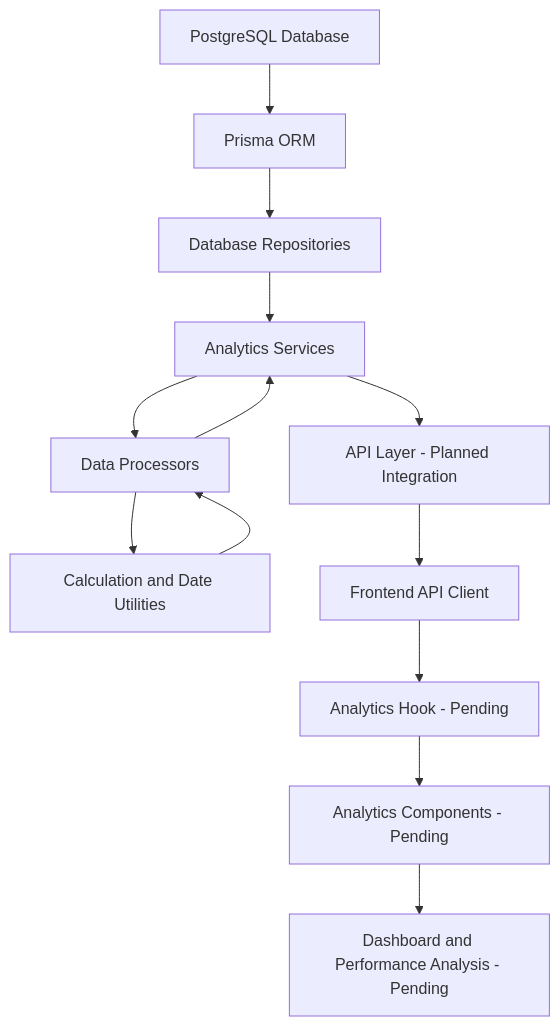
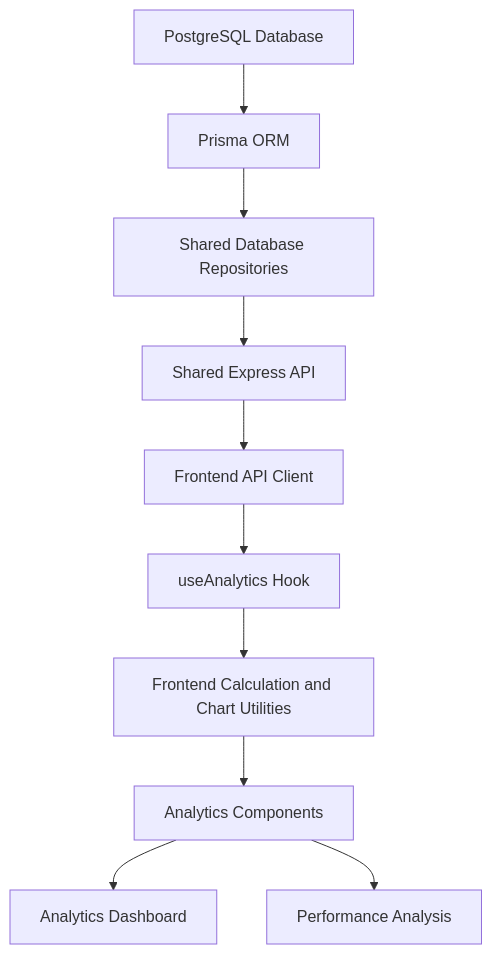
One commit to ikeyareinaldosae/ITC504---Team-Based-Design-Processes-in-Software-Development changed the second of 7 diagrams in docs/team/avishek/analytics-architecture.md. Above: the diagram before and after it, drawn with Mermaid. The commit also changed other lines of this file and 23 other files, not shown here.

Commit message:
Implement analytics dashboard, performance analysis and API integration

````diff
--- a/docs/team/avishek/analytics-architecture.md
+++ b/docs/team/avishek/analytics-architecture.md
@@ -13,15 +41,12 @@
 ```mermaid
 flowchart TD
     A[PostgreSQL Database] --> B[Prisma ORM]
-    B --> C[Database Repositories]
-    C --> D[Analytics Services]
-    D --> E[Data Processors]
-    E --> F[Calculation and Date Utilities]
-    F --> E
-    E --> D
-    D --> G[API Layer - Planned Integration]
-    G --> H[Frontend API Client]
-    H --> I[Analytics Hook - Pending]
-    I --> J[Analytics Components - Pending]
-    J --> K[Dashboard and Performance Analysis - Pending]
+    B --> C[Shared Database Repositories]
+    C --> D[Shared Express API]
+    D --> E[Frontend API Client]
+    E --> F[useAnalytics Hook]
+    F --> G[Frontend Calculation and Chart Utilities]
+    G --> H[Analytics Components]
+    H --> I[Analytics Dashboard]
+    H --> J[Performance Analysis]
 ```
````
